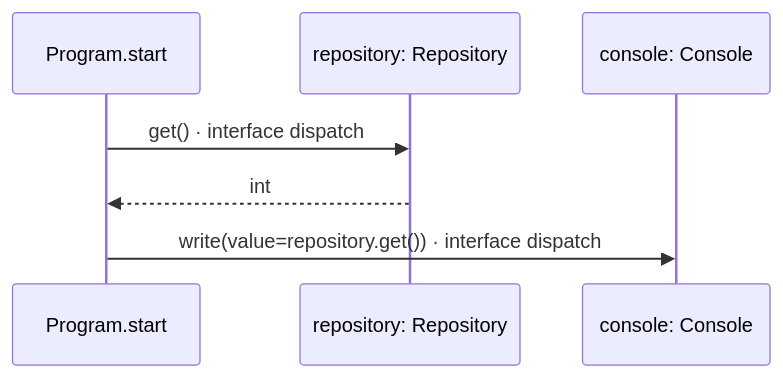
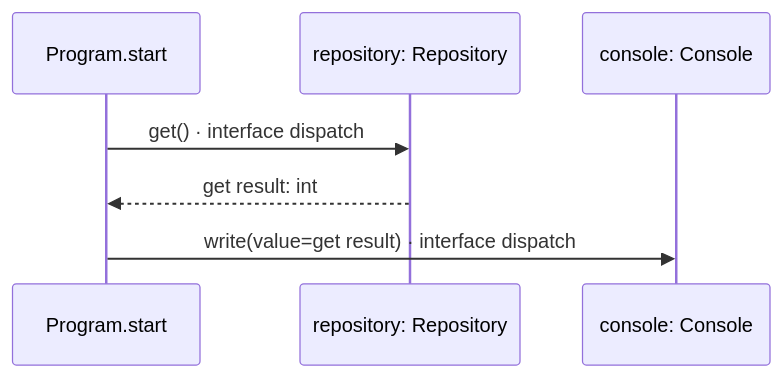
One commit to GreenPandaStudios/augscript changed the second of 2 diagrams in docs/examples/generic-di/types-diagrams.md. Above: the diagram before and after it, drawn with Mermaid. The commit also changed other lines of this file and 304 other files, not shown here.

Commit message:
Make generated data-flow sequences concise and review every diagram

````diff
--- a/docs/examples/generic-di/types-diagrams.md
+++ b/docs/examples/generic-di/types-diagrams.md
@@ -90,9 +75,9 @@
 ```mermaid
 sequenceDiagram
     participant p0 as Program.start
     participant p1 as repository: Repository
     participant p2 as console: Console
     p0->>p1: get() · interface dispatch
-    p1-->>p0: int
-    p0->>p2: write(value=repository.get()) · interface dispatch
+    p1-->>p0: get result: int
+    p0->>p2: write(value=get result) · interface dispatch
 ```
````
